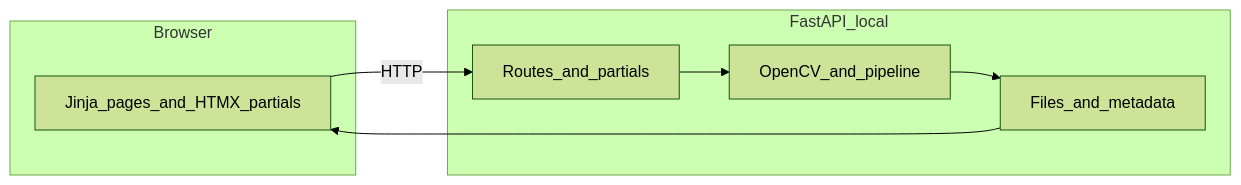
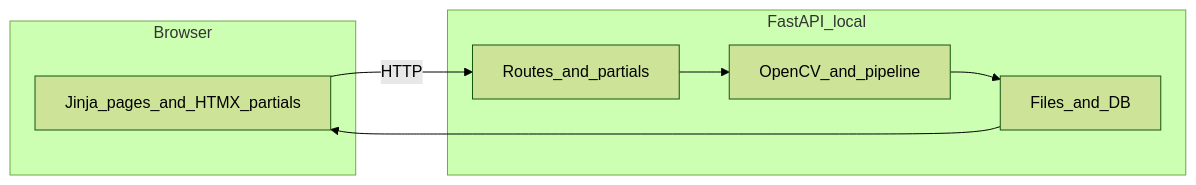
One commit to CexyNature/Crabspy changed the first of 2 diagrams in docs/crabspy-rebuild-plan.md. Above: the diagram before and after it, drawn with Mermaid (forest theme). The commit also changed other lines of this file, not shown here.

Commit message:
:card_file_box: Add database strategy and schema

````diff
--- a/docs/crabspy-rebuild-plan.md
+++ b/docs/crabspy-rebuild-plan.md
@@ -46,15 +61,15 @@
 ```mermaid
 flowchart LR
   subgraph client [Browser]
     UI[Jinja_pages_and_HTMX_partials]
   end
   subgraph server [FastAPI_local]
     Routes[Routes_and_partials]
     CV[OpenCV_and_pipeline]
-    Store[Files_and_metadata]
+    Store[Files_and_DB]
   end
   UI -->|HTTP| Routes
   Routes --> CV
   CV --> Store
   Store --> UI
 ```
````
